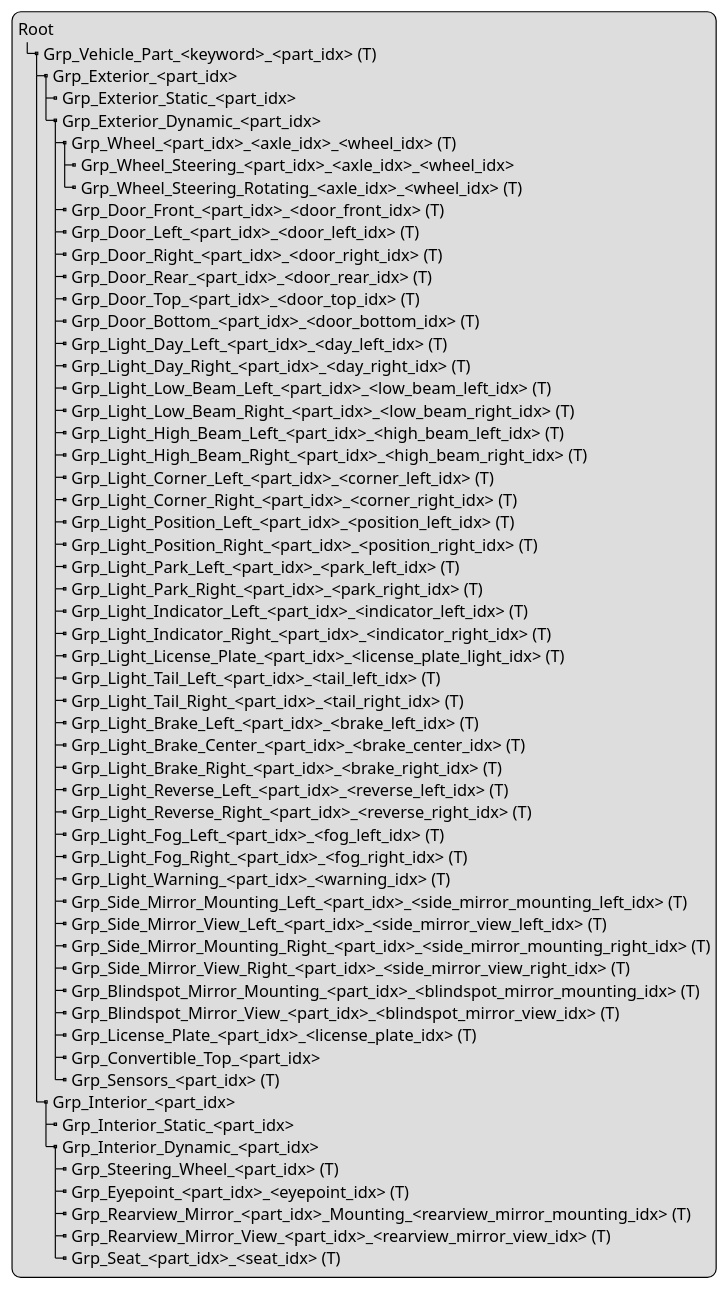
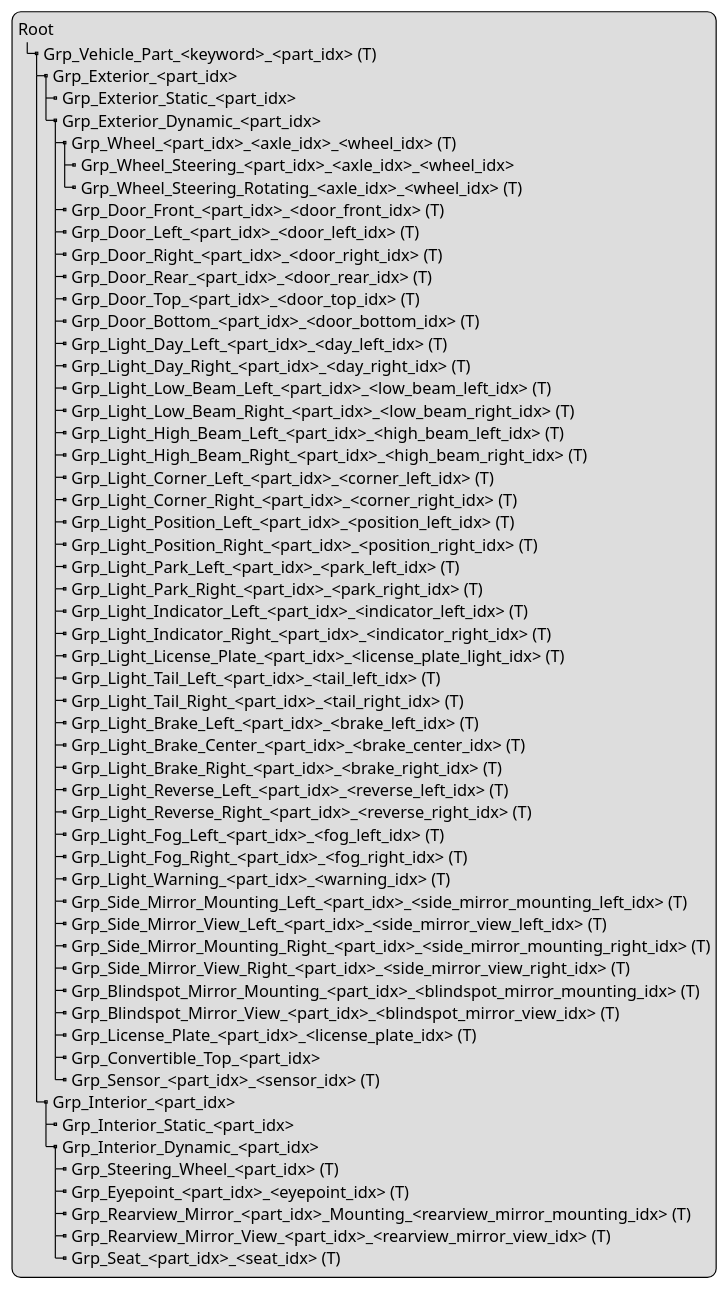
The diagram in content/geometry/object-vehicle/vehicle-structure-model-structure.adoc (asam-ev/OpenMATERIAL), drawn with PlantUML before and after one commit. The commit also changed other lines of this file, not shown here.

```diff
--- a/content/geometry/object-vehicle/vehicle-structure-model-structure.adoc
+++ b/content/geometry/object-vehicle/vehicle-structure-model-structure.adoc
@@ -5,61 +5,61 @@
 [plantuml]
 ----
 legend
 Root
 |_ Grp_Vehicle_Part_<keyword>_<part_idx> (T)
   |_ Grp_Exterior_<part_idx>
     |_ Grp_Exterior_Static_<part_idx>
     |_ Grp_Exterior_Dynamic_<part_idx>
       |_ Grp_Wheel_<part_idx>_<axle_idx>_<wheel_idx> (T)
         |_ Grp_Wheel_Steering_<part_idx>_<axle_idx>_<wheel_idx>
         |_ Grp_Wheel_Steering_Rotating_<axle_idx>_<wheel_idx> (T)
       |_ Grp_Door_Front_<part_idx>_<door_front_idx> (T)
       |_ Grp_Door_Left_<part_idx>_<door_left_idx> (T)
       |_ Grp_Door_Right_<part_idx>_<door_right_idx> (T)
       |_ Grp_Door_Rear_<part_idx>_<door_rear_idx> (T)
       |_ Grp_Door_Top_<part_idx>_<door_top_idx> (T)
       |_ Grp_Door_Bottom_<part_idx>_<door_bottom_idx> (T)
       |_ Grp_Light_Day_Left_<part_idx>_<day_left_idx> (T)
       |_ Grp_Light_Day_Right_<part_idx>_<day_right_idx> (T)
       |_ Grp_Light_Low_Beam_Left_<part_idx>_<low_beam_left_idx> (T)
       |_ Grp_Light_Low_Beam_Right_<part_idx>_<low_beam_right_idx> (T)
       |_ Grp_Light_High_Beam_Left_<part_idx>_<high_beam_left_idx> (T)
       |_ Grp_Light_High_Beam_Right_<part_idx>_<high_beam_right_idx> (T)
       |_ Grp_Light_Corner_Left_<part_idx>_<corner_left_idx> (T)
       |_ Grp_Light_Corner_Right_<part_idx>_<corner_right_idx> (T)
       |_ Grp_Light_Position_Left_<part_idx>_<position_left_idx> (T)
       |_ Grp_Light_Position_Right_<part_idx>_<position_right_idx> (T)
       |_ Grp_Light_Park_Left_<part_idx>_<park_left_idx> (T)
       |_ Grp_Light_Park_Right_<part_idx>_<park_right_idx> (T)
       |_ Grp_Light_Indicator_Left_<part_idx>_<indicator_left_idx> (T)
       |_ Grp_Light_Indicator_Right_<part_idx>_<indicator_right_idx> (T)
       |_ Grp_Light_License_Plate_<part_idx>_<license_plate_light_idx> (T)
       |_ Grp_Light_Tail_Left_<part_idx>_<tail_left_idx> (T)
       |_ Grp_Light_Tail_Right_<part_idx>_<tail_right_idx> (T)
       |_ Grp_Light_Brake_Left_<part_idx>_<brake_left_idx> (T)
       |_ Grp_Light_Brake_Center_<part_idx>_<brake_center_idx> (T)
       |_ Grp_Light_Brake_Right_<part_idx>_<brake_right_idx> (T)
       |_ Grp_Light_Reverse_Left_<part_idx>_<reverse_left_idx> (T)
       |_ Grp_Light_Reverse_Right_<part_idx>_<reverse_right_idx> (T)
       |_ Grp_Light_Fog_Left_<part_idx>_<fog_left_idx> (T)
       |_ Grp_Light_Fog_Right_<part_idx>_<fog_right_idx> (T)
       |_ Grp_Light_Warning_<part_idx>_<warning_idx> (T)
       |_ Grp_Side_Mirror_Mounting_Left_<part_idx>_<side_mirror_mounting_left_idx> (T)
       |_ Grp_Side_Mirror_View_Left_<part_idx>_<side_mirror_view_left_idx> (T)
       |_ Grp_Side_Mirror_Mounting_Right_<part_idx>_<side_mirror_mounting_right_idx> (T)
       |_ Grp_Side_Mirror_View_Right_<part_idx>_<side_mirror_view_right_idx> (T)
       |_ Grp_Blindspot_Mirror_Mounting_<part_idx>_<blindspot_mirror_mounting_idx> (T)
       |_ Grp_Blindspot_Mirror_View_<part_idx>_<blindspot_mirror_view_idx> (T)
       |_ Grp_License_Plate_<part_idx>_<license_plate_idx> (T)
       |_ Grp_Convertible_Top_<part_idx>
-      |_ Grp_Sensors_<part_idx> (T)
+      |_ Grp_Sensor_<part_idx>_<sensor_idx> (T)
   |_ Grp_Interior_<part_idx>
     |_ Grp_Interior_Static_<part_idx>
     |_ Grp_Interior_Dynamic_<part_idx>
       |_ Grp_Steering_Wheel_<part_idx> (T)
       |_ Grp_Eyepoint_<part_idx>_<eyepoint_idx> (T)
       |_ Grp_Rearview_Mirror_<part_idx>_Mounting_<rearview_mirror_mounting_idx> (T)
       |_ Grp_Rearview_Mirror_View_<part_idx>_<rearview_mirror_view_idx> (T)
       |_ Grp_Seat_<part_idx>_<seat_idx> (T)
 end legend
 ----
```
